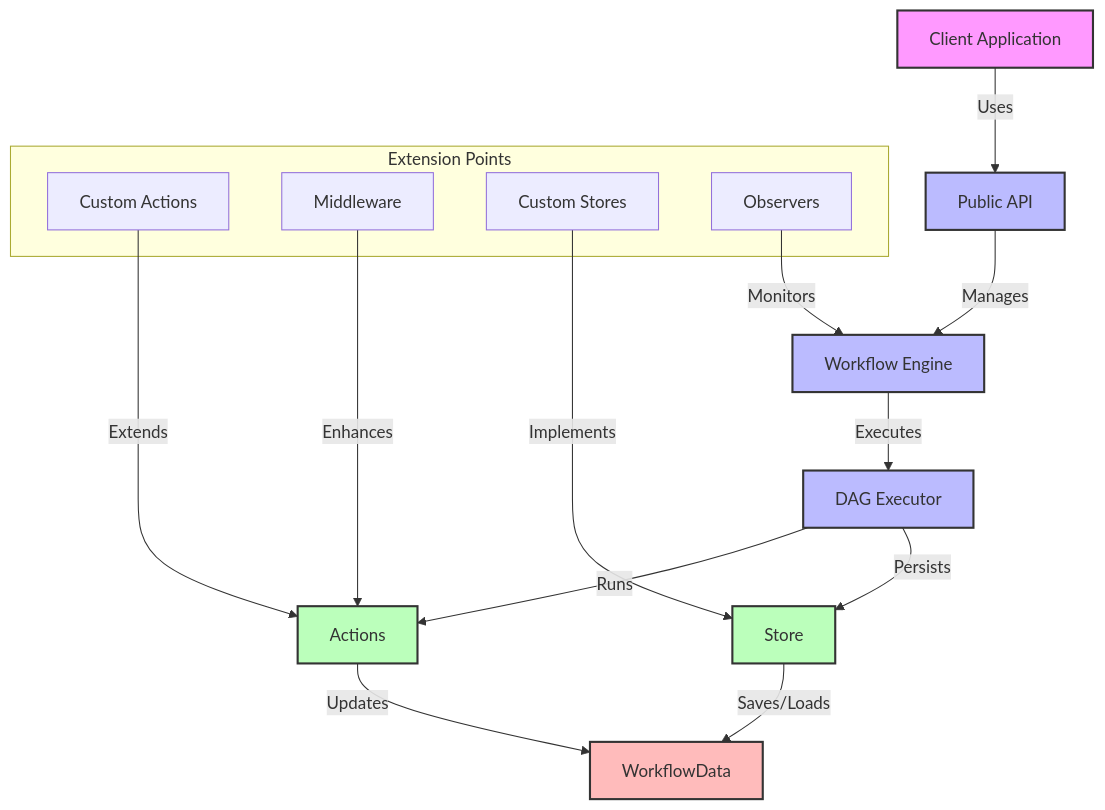
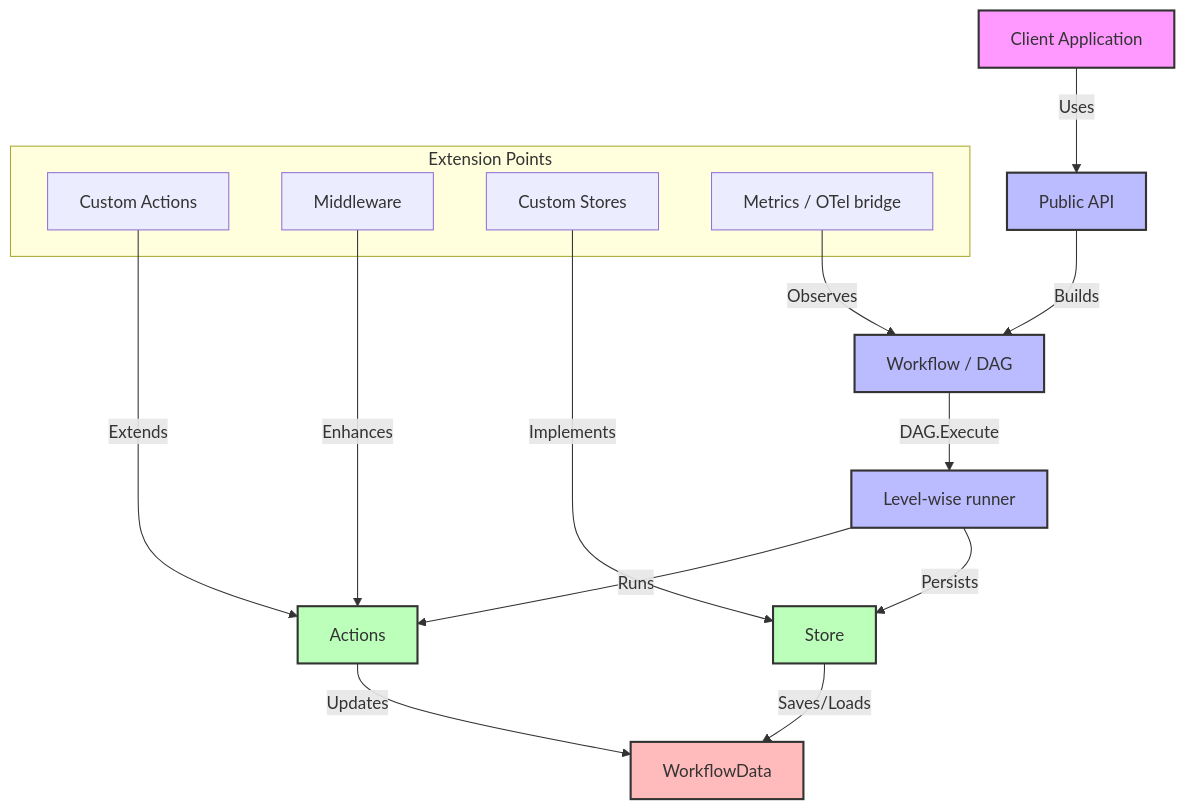
Before and after one commit to ppcavalcante/flow-orchestrator: the diagram in docs/architecture/README.md, drawn with Mermaid. The commit also changed other lines of this file and 135 other files, not shown here.

````diff
--- a/docs/architecture/README.md
+++ b/docs/architecture/README.md
@@ -64,30 +66,30 @@
 ```mermaid
 graph TD
     A[Client Application] -->|Uses| B[Public API]
-    B -->|Manages| C[Workflow Engine]
-    C -->|Executes| D[DAG Executor]
+    B -->|Builds| C[Workflow / DAG]
+    C -->|DAG.Execute| D[Level-wise runner]
     D -->|Runs| E[Actions]
     D -->|Persists| F[Store]
     E -->|Updates| G[WorkflowData]
     F -->|Saves/Loads| G
     
     subgraph "Extension Points"
         H[Custom Actions]
         I[Middleware]
         J[Custom Stores]
-        K[Observers]
+        K[Metrics / OTel bridge]
     end
     
     H -->|Extends| E
     I -->|Enhances| E
     J -->|Implements| F
-    K -->|Monitors| C
+    K -->|Observes| C
     
     style A fill:#f9f,stroke:#333,stroke-width:2px
     style B fill:#bbf,stroke:#333,stroke-width:2px
     style C fill:#bbf,stroke:#333,stroke-width:2px
     style D fill:#bbf,stroke:#333,stroke-width:2px
     style E fill:#bfb,stroke:#333,stroke-width:2px
     style F fill:#bfb,stroke:#333,stroke-width:2px
     style G fill:#fbb,stroke:#333,stroke-width:2px
 ```
````
